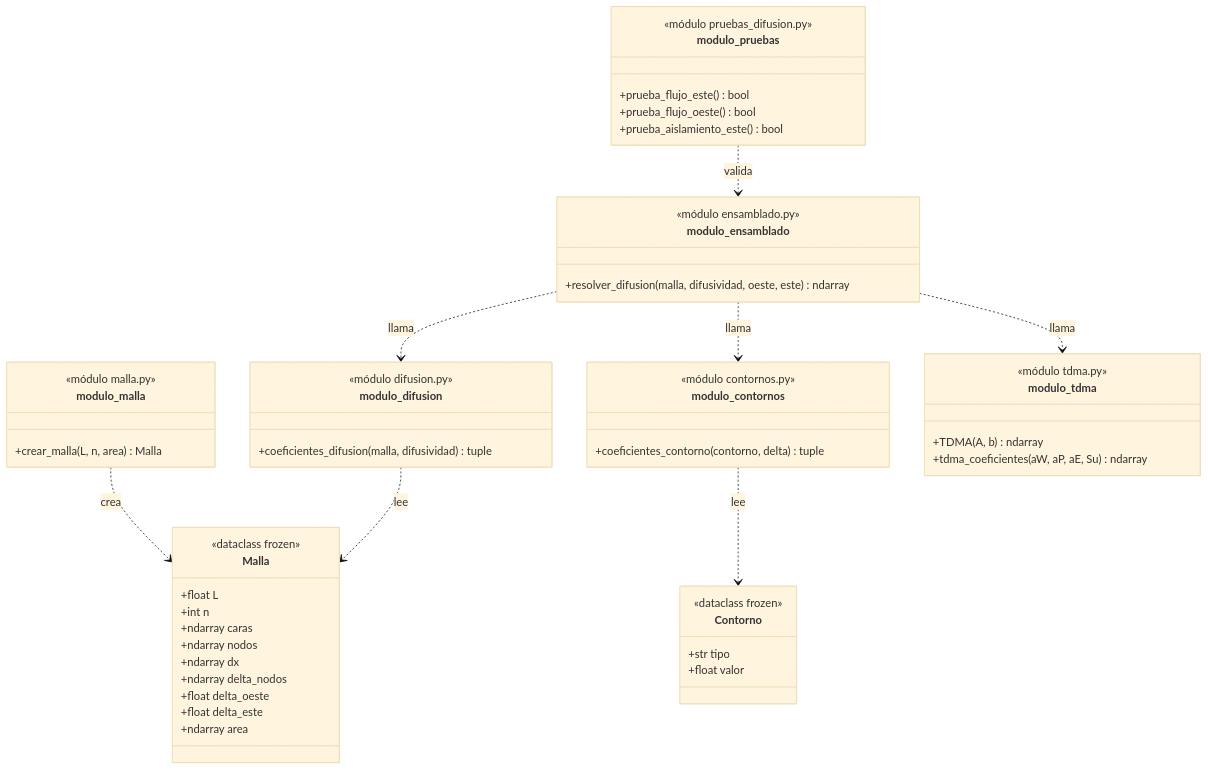
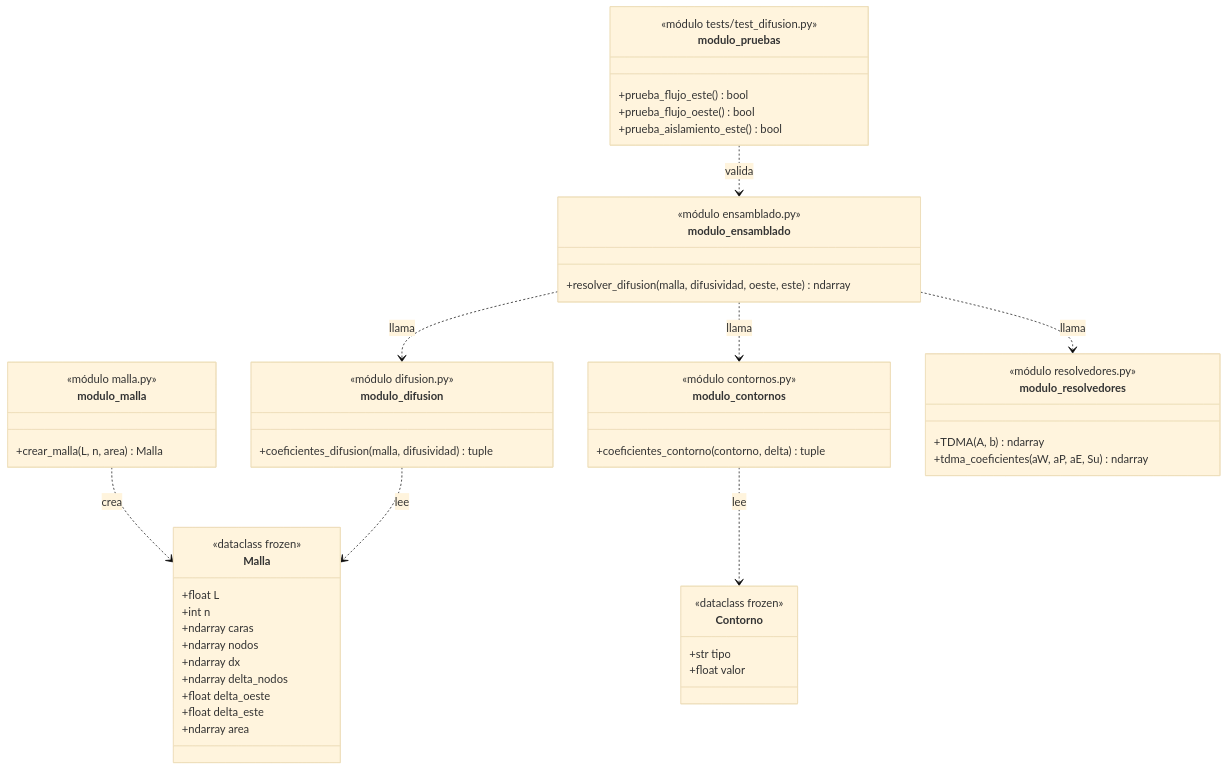
The first of 3 diagrams in docs/diseno.md (nicovarelaboo/versteeg-fvm), drawn with Mermaid (base theme) before and after one commit. The commit also changed other lines of this file, not shown here.

````diff
--- a/docs/diseno.md
+++ b/docs/diseno.md
@@ -19,55 +32,55 @@
 ```mermaid
 classDiagram
     class Malla {
         <<dataclass frozen>>
         +float L
         +int n
         +ndarray caras
         +ndarray nodos
         +ndarray dx
         +ndarray delta_nodos
         +float delta_oeste
         +float delta_este
         +ndarray area
     }
     class Contorno {
         <<dataclass frozen>>
         +str tipo
         +float valor
     }
     class modulo_malla {
         <<módulo malla.py>>
         +crear_malla(L, n, area) Malla
     }
     class modulo_contornos {
         <<módulo contornos.py>>
         +coeficientes_contorno(contorno, delta) tuple
     }
     class modulo_difusion {
         <<módulo difusion.py>>
         +coeficientes_difusion(malla, difusividad) tuple
     }
     class modulo_ensamblado {
         <<módulo ensamblado.py>>
         +resolver_difusion(malla, difusividad, oeste, este) ndarray
     }
-    class modulo_tdma {
-        <<módulo tdma.py>>
+    class modulo_resolvedores {
+        <<módulo resolvedores.py>>
         +TDMA(A, b) ndarray
         +tdma_coeficientes(aW, aP, aE, Su) ndarray
     }
     class modulo_pruebas {
-        <<módulo pruebas_difusion.py>>
+        <<módulo tests/test_difusion.py>>
         +prueba_flujo_este() bool
         +prueba_flujo_oeste() bool
         +prueba_aislamiento_este() bool
     }
 
     modulo_malla ..> Malla : crea
     modulo_contornos ..> Contorno : lee
     modulo_difusion ..> Malla : lee
     modulo_ensamblado ..> modulo_difusion : llama
     modulo_ensamblado ..> modulo_contornos : llama
-    modulo_ensamblado ..> modulo_tdma : llama
+    modulo_ensamblado ..> modulo_resolvedores : llama
     modulo_pruebas ..> modulo_ensamblado : valida
 ```
````
